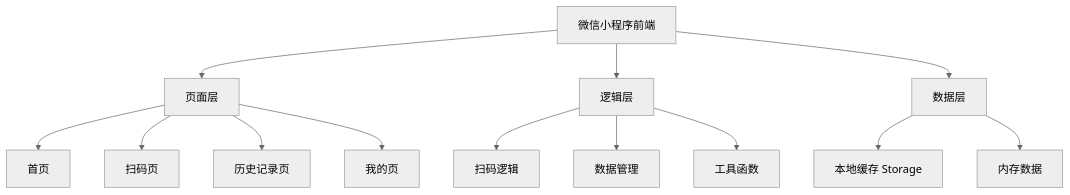
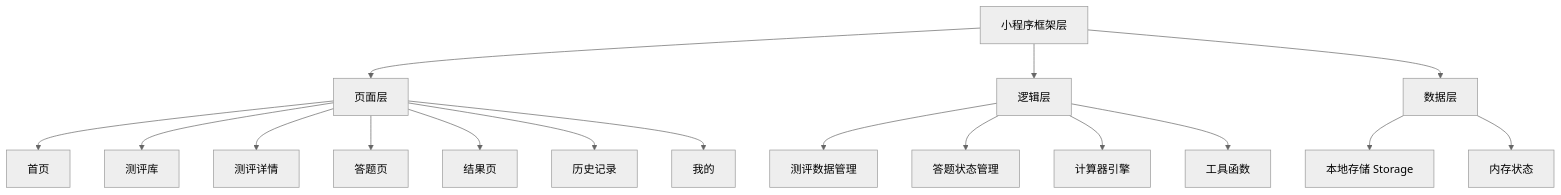
The diagram in 小程序-技术架构.md (badhope/HumanOS), drawn with Mermaid (neutral theme) before and after one commit. The commit also changed other lines of this file and 1 other file, not shown here.

````diff
--- a/小程序-技术架构.md
+++ b/小程序-技术架构.md
@@ -6,15 +7,22 @@
 ```mermaid
 graph TD
-    A[微信小程序前端] --> B[页面层]
+    A[小程序框架层] --> B[页面层]
     A --> C[逻辑层]
     A --> D[数据层]
-    B --> E[首页]
-    B --> F[扫码页]
-    B --> G[历史记录页]
-    B --> H[我的页]
-    C --> I[扫码逻辑]
-    C --> J[数据管理]
-    C --> K[工具函数]
-    D --> L[本地缓存 Storage]
-    D --> M[内存数据]
+    
+    B --> B1[首页]
+    B --> B2[测评库]
+    B --> B3[测评详情]
+    B --> B4[答题页]
+    B --> B5[结果页]
+    B --> B6[历史记录]
+    B --> B7[我的]
+    
+    C --> C1[测评数据管理]
+    C --> C2[答题状态管理]
+    C --> C3[计算器引擎]
+    C --> C4[工具函数]
+    
+    D --> D1[本地存储 Storage]
+    D --> D2[内存状态]
 ```
````
